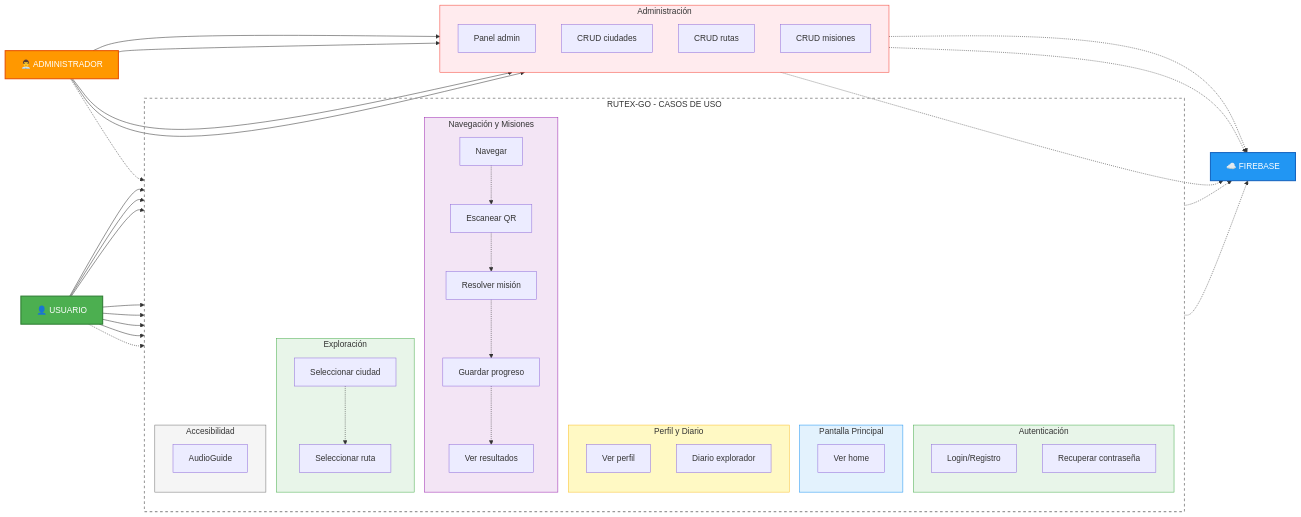
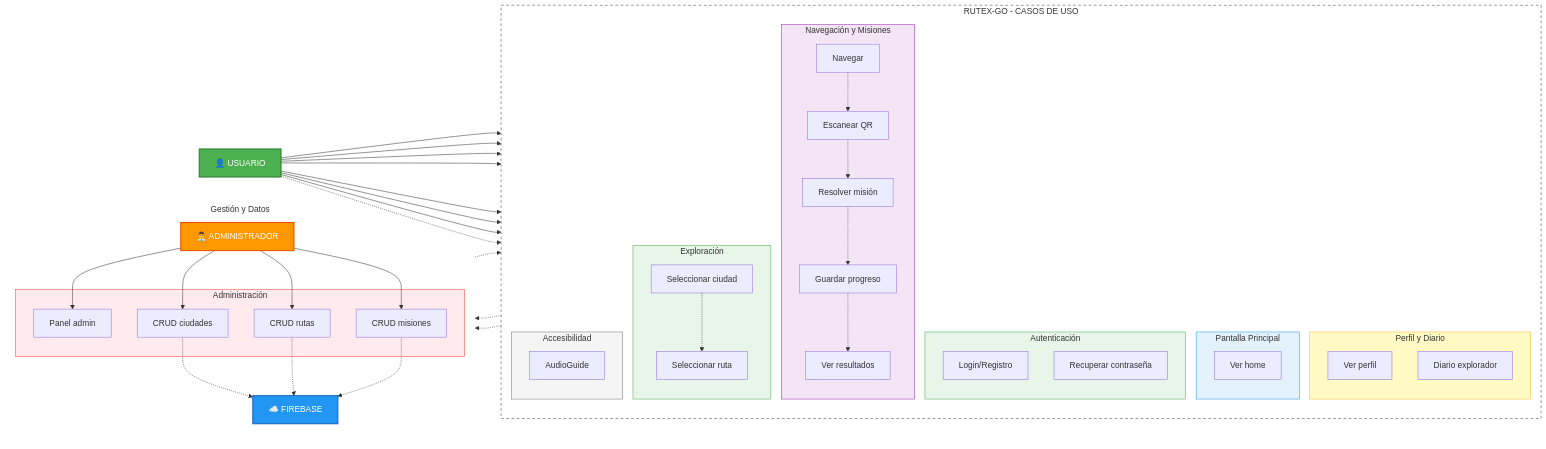
One commit to TurisTechTeam-Dev/rutexgo-assets changed the fourth of 4 diagrams in diagrama secuencia.md. Above: the diagram before and after it, drawn with Mermaid.

Commit message:
Update diagrama secuencia.md

````diff
--- a/diagrama secuencia.md
+++ b/diagrama secuencia.md
@@ -206,53 +206,61 @@
 ```mermaid
 flowchart LR
+    %% Nodo Izquierda
     U["👤 USUARIO"]
-    A["👨‍💼 ADMINISTRADOR"]
-    F["☁️ FIREBASE"]
 
-    subgraph APP["RUTEX-GO - CASOS DE USO"]
+    %% BLOQUE CENTRAL: App
+    subgraph APP ["RUTEX-GO - CASOS DE USO"]
         direction TB
         
-        subgraph AUTH["Autenticación"]
-            AUTH1["Login/Registro"]
-            AUTH2["Recuperar contraseña"]
+        subgraph PROF ["Perfil y Diario"]
+            PROF1["Ver perfil"]
+            PROF2["Diario explorador"]
         end
 
-        subgraph HOME["Pantalla Principal"]
-            HOME1["Ver home"]
-        end
-
-        subgraph EXP["Exploración"]
+        subgraph EXP ["Exploración"]
             EXP1["Seleccionar ciudad"]
             EXP2["Seleccionar ruta"]
         end
 
-        subgraph PROF["Perfil y Diario"]
-            PROF1["Ver perfil"]
-            PROF2["Diario explorador"]
+        subgraph HOME ["Pantalla Principal"]
+            HOME1["Ver home"]
         end
 
-        subgraph NAV["Navegación y Misiones"]
+        subgraph NAV ["Navegación y Misiones"]
             NAV1["Navegar"]
             NAV2["Escanear QR"]
             NAV3["Resolver misión"]
             NAV4["Guardar progreso"]
             NAV5["Ver resultados"]
         end
-        
-        subgraph ACC["Accesibilidad"]
+
+        subgraph AUTH ["Autenticación"]
+            AUTH1["Login/Registro"]
+            AUTH2["Recuperar contraseña"]
+        end
+
+        subgraph ACC ["Accesibilidad"]
             ACC1["AudioGuide"]
         end
     end
 
-    subgraph ADM["Administración"]
+    %% BLOQUE DERECHA: Gestión y Datos
+    subgraph GESTION ["Gestión y Datos"]
         direction TB
-        ADM1["Panel admin"]
-        ADM2["CRUD ciudades"]
-        ADM3["CRUD rutas"]
-        ADM4["CRUD misiones"]
+        A["👨‍💼 ADMINISTRADOR"]
+        F["☁️ FIREBASE"]
+
+        subgraph ADM ["Administración"]
+            ADM1["Panel admin"]
+            ADM2["CRUD ciudades"]
+            ADM3["CRUD rutas"]
+            ADM4["CRUD misiones"]
+        end
     end
 
-    %% Usuario al App
+    %% --- RELACIONES PARA FORZAR LATERALIDAD ---
+
+    %% Usuario a Centro
     U --> AUTH1
     U --> HOME1
     U --> EXP1
@@ -262,28 +270,30 @@
     U --> PROF2
     U -.-> ACC1
 
-    %% Admin
+    %% Centro a Derecha (Firebase)
+    AUTH1 -.-> F
+    NAV4 -.-> F
+    
+    %% Administrador (Derecha)
     A --> ADM1
     A --> ADM2
     A --> ADM3
     A --> ADM4
     A -.-> ACC1
 
-    %% Firebase
-    AUTH1 -.-> F
-    NAV4 -.-> F
+    %% Administración a Firebase (Derecha)
     ADM2 -.-> F
     ADM3 -.-> F
     ADM4 -.-> F
 
-    %% Flujos
+    %% Flujos lógicos internos
     EXP1 -.-> EXP2
     NAV1 -.-> NAV2
     NAV2 -.-> NAV3
     NAV3 -.-> NAV4
     NAV4 -.-> NAV5
 
-    %% Estilos
+    %% --- ESTILOS ---
     style U fill:#4CAF50,stroke:#2E7D32,stroke-width:2px,color:#fff
     style A fill:#FF9800,stroke:#E65100,stroke-width:2px,color:#fff
     style F fill:#2196F3,stroke:#1565C0,stroke-width:2px,color:#fff
@@ -296,4 +306,5 @@
     style ACC fill:#F5F5F5,stroke:#757575,stroke-width:1px
     style ADM fill:#FFEBEE,stroke:#F44336,stroke-width:1px
     style APP fill:none,stroke:#999,stroke-width:2px,stroke-dasharray:5 5
+    style GESTION fill:none,stroke:transparent
 ```
````
